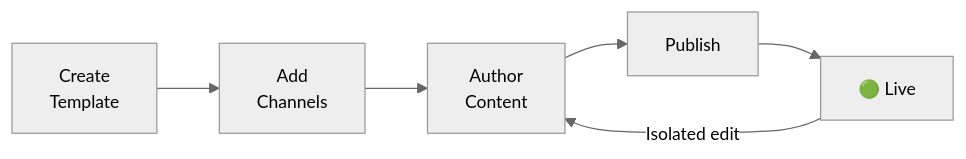
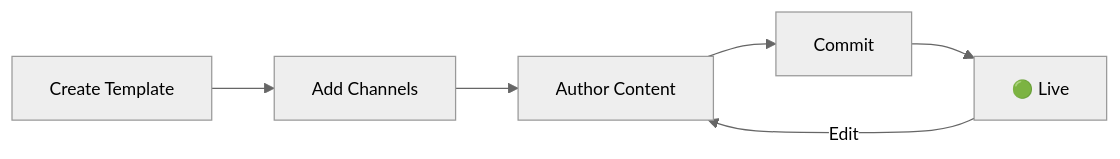
One commit to suprsend/documentation changed the diagram in docs/templates-overview.mdx. Above: the diagram before and after it, drawn with Mermaid. The commit also changed other lines of this file and 29 other files, not shown here.

````diff
--- a/docs/templates-overview.mdx
+++ b/docs/templates-overview.mdx
@@ -52,9 +52,9 @@
 ```mermaid
 %%{init: {'theme': 'neutral', 'themeVariables': {'fontSize': '14px'}}}%%
 flowchart LR
-    A["Create\nTemplate"] --> B["Add\nChannels"]
-    B --> C["Author\nContent"]
-    C --> D["Publish"]
+    A["Create Template"] --> B["Add Channels"]
+    B --> C["Author Content"]
+    C --> D["Commit"]
     D --> E["🟢 Live"]
-    E -- "Isolated edit" --> C
+    E -- "Edit" --> C
 ```
````
